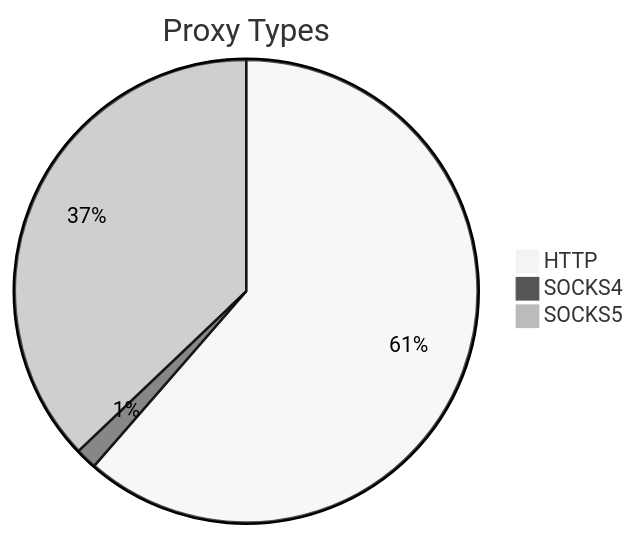
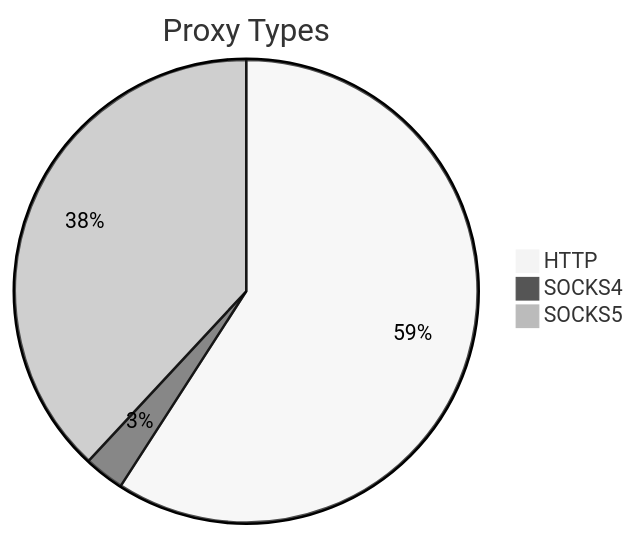
One commit to stormsia/proxy-list changed the first of 2 diagrams in README.md. Above: the diagram before and after it, drawn with Mermaid (neutral theme). The commit also changed other lines of this file, not shown here.

````diff
--- a/README.md
+++ b/README.md
@@ -21,6 +21,6 @@
 ```mermaid
 pie title Proxy Types
-    "HTTP" : 536
-    "SOCKS4" : 13
-    "SOCKS5" : 324
+    "HTTP" : 548
+    "SOCKS4" : 26
+    "SOCKS5" : 353
 ```
````
